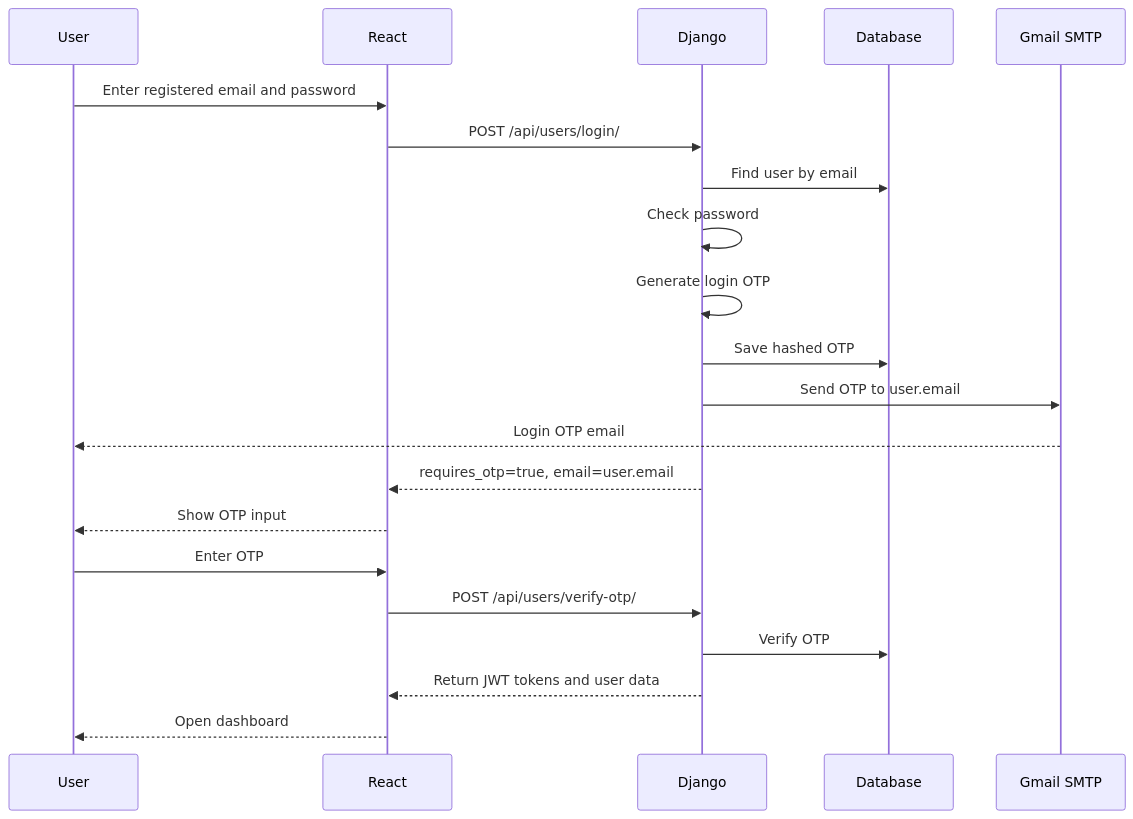
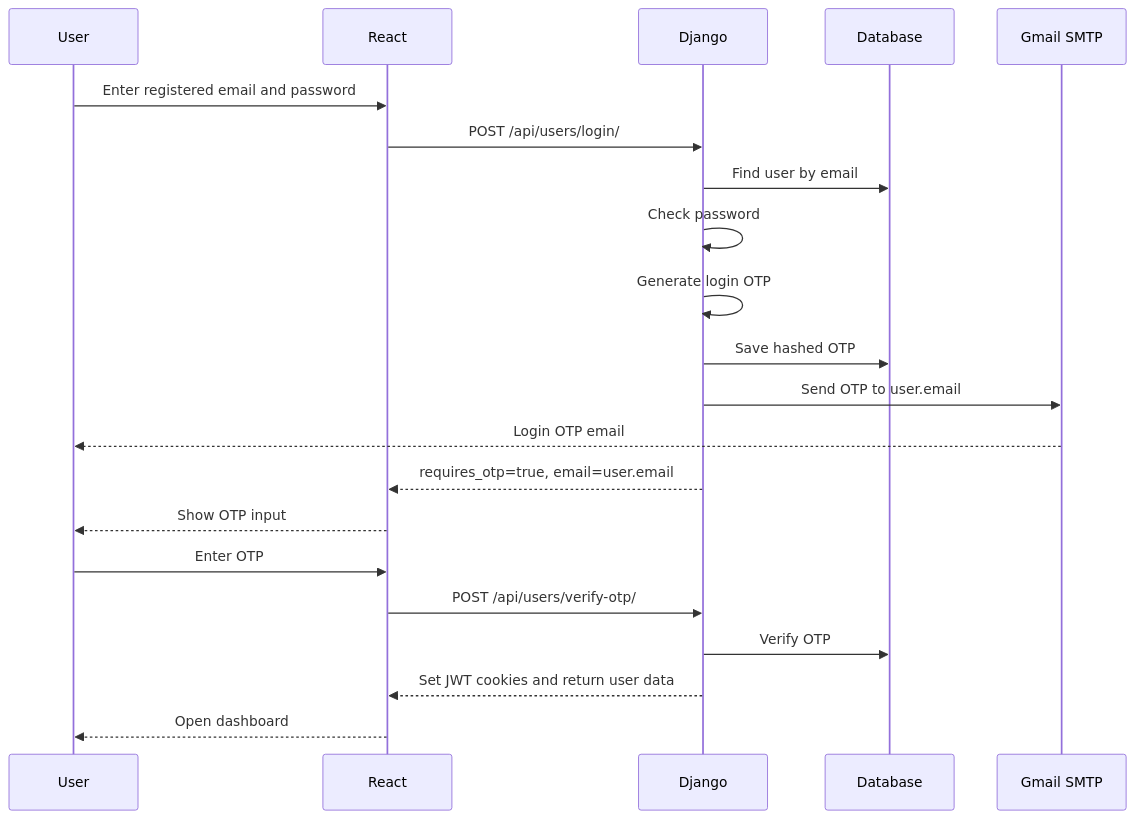
One commit to sridharSTR/OPTIMUS-AI-Assistant changed the fifth of 8 diagrams in README.md. Above: the diagram before and after it, drawn with Mermaid. The commit also changed other lines of this file and 33 other files, not shown here.

````diff
--- a/README.md
+++ b/README.md
@@ -985,24 +1040,24 @@
 ```mermaid
 sequenceDiagram
     participant User
     participant React
     participant Django
     participant DB as Database
     participant SMTP as Gmail SMTP
 
     User->>React: Enter registered email and password
     React->>Django: POST /api/users/login/
     Django->>DB: Find user by email
     Django->>Django: Check password
     Django->>Django: Generate login OTP
     Django->>DB: Save hashed OTP
     Django->>SMTP: Send OTP to user.email
     SMTP-->>User: Login OTP email
     Django-->>React: requires_otp=true, email=user.email
     React-->>User: Show OTP input
     User->>React: Enter OTP
     React->>Django: POST /api/users/verify-otp/
     Django->>DB: Verify OTP
-    Django-->>React: Return JWT tokens and user data
+    Django-->>React: Set JWT cookies and return user data
     React-->>User: Open dashboard
 ```
````
